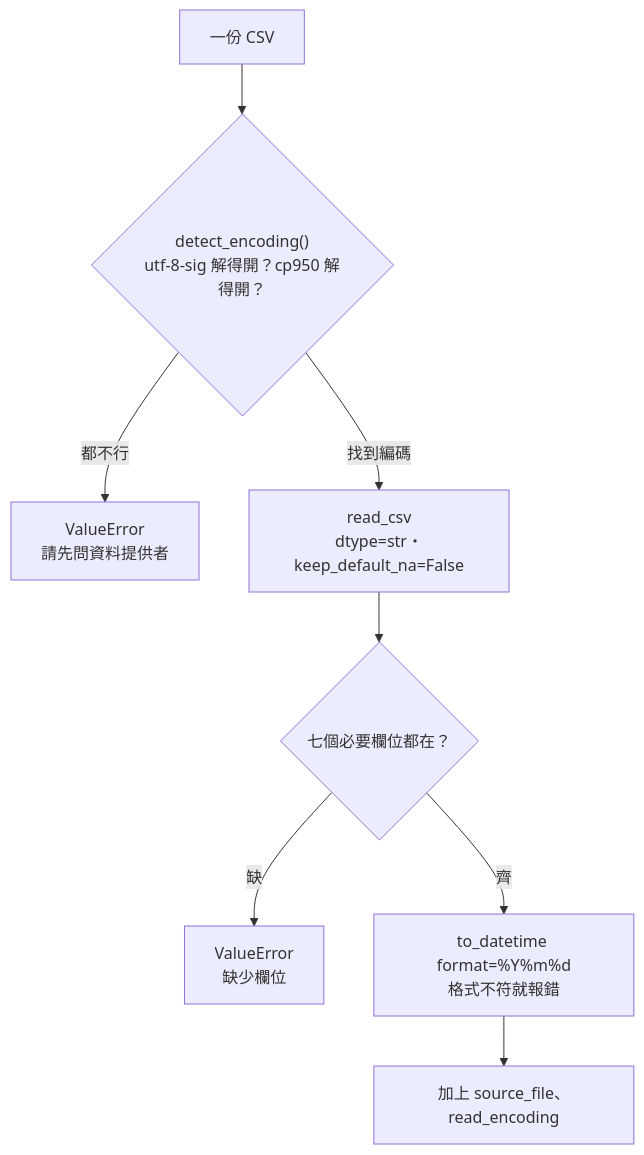
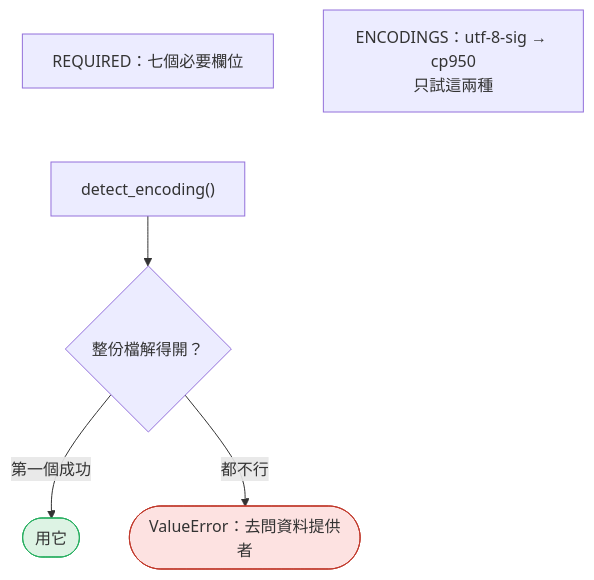
Before and after one commit to 4-learn/data-analysis-and-process-demo: the third of 9 diagrams in 2026/02-read-files.md, drawn with Mermaid. The commit also changed other lines of this file and 39 other files, not shown here.

Commit message:
[pm] docs: 18 節改為「每段一張圖」：程式切成小段，每段附位置圖與步驟圖

````diff
--- a/2026/02-read-files.md
+++ b/2026/02-read-files.md
@@ -120,10 +55,13 @@
 ```mermaid
 flowchart TD
-    F["一份 CSV"] --> E{"detect_encoding()<br/>utf-8-sig 解得開？cp950 解得開？"}
-    E -- "都不行" --> X1["ValueError<br/>請先問資料提供者"]
-    E -- "找到編碼" --> R["read_csv<br/>dtype=str・keep_default_na=False"]
-    R --> C{"七個必要欄位都在？"}
-    C -- "缺" --> X2["ValueError<br/>缺少欄位"]
-    C -- "齊" --> D["to_datetime format=%Y%m%d<br/>格式不符就報錯"]
-    D --> S["加上 source_file、read_encoding"]
+    A["REQUIRED：七個必要欄位"]
+    B["ENCODINGS：utf-8-sig → cp950<br/>只試這兩種"]
+    C["detect_encoding()"] --> D{"整份檔解得開？"}
+    D -- 第一個成功 --> E(["用它"])
+    D -- 都不行 --> X(["ValueError：去問資料提供者"])
+    A ~~~ C
+    classDef bad fill:#fde2e1,stroke:#c0392b
+    classDef good fill:#ddf3e4,stroke:#27ae60
+    class X bad
+    class E good
 ```
````
